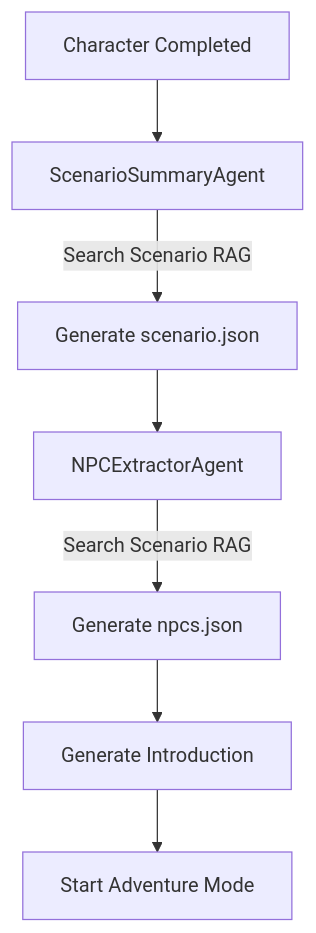
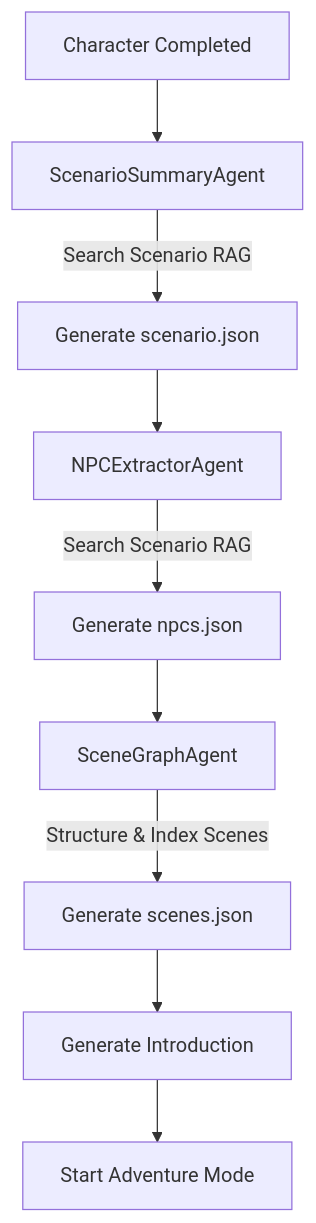
Before and after one commit to Papoulos/Oracle: the second of 3 diagrams in README.md, drawn with Mermaid. The commit also changed other lines of this file, not shown here.

First line of the commit message:
docs: update README with SceneGraphAgent details and diagram flows

````diff
--- a/README.md
+++ b/README.md
@@ -71,9 +79,11 @@
 ```mermaid
 graph TD
     A[Character Completed] --> B[ScenarioSummaryAgent]
     B -->|Search Scenario RAG| C[Generate scenario.json]
     C --> D[NPCExtractorAgent]
     D -->|Search Scenario RAG| E[Generate npcs.json]
-    E --> F[Generate Introduction]
+    E --> H[SceneGraphAgent]
+    H -->|Structure & Index Scenes| I[Generate scenes.json]
+    I --> F[Generate Introduction]
     F --> G[Start Adventure Mode]
 ```
````
